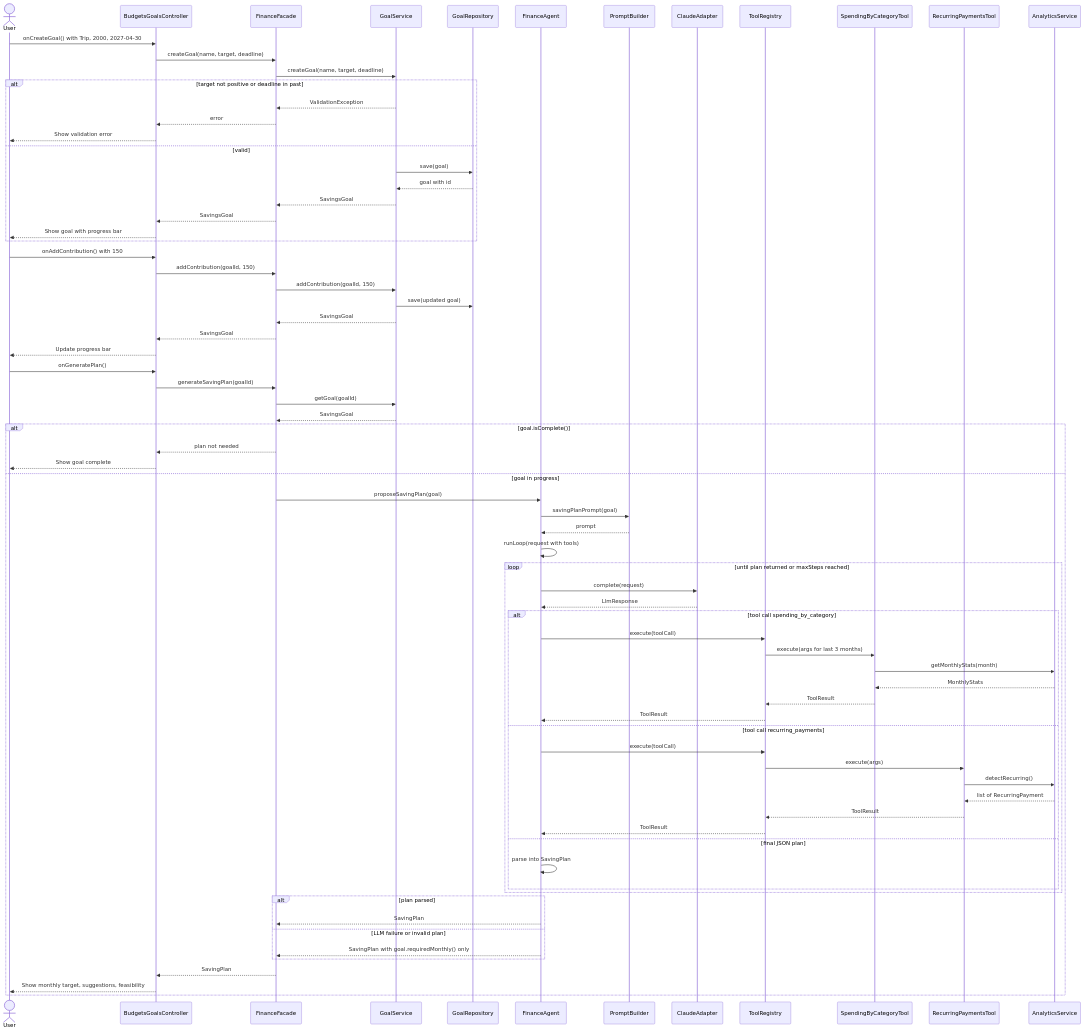
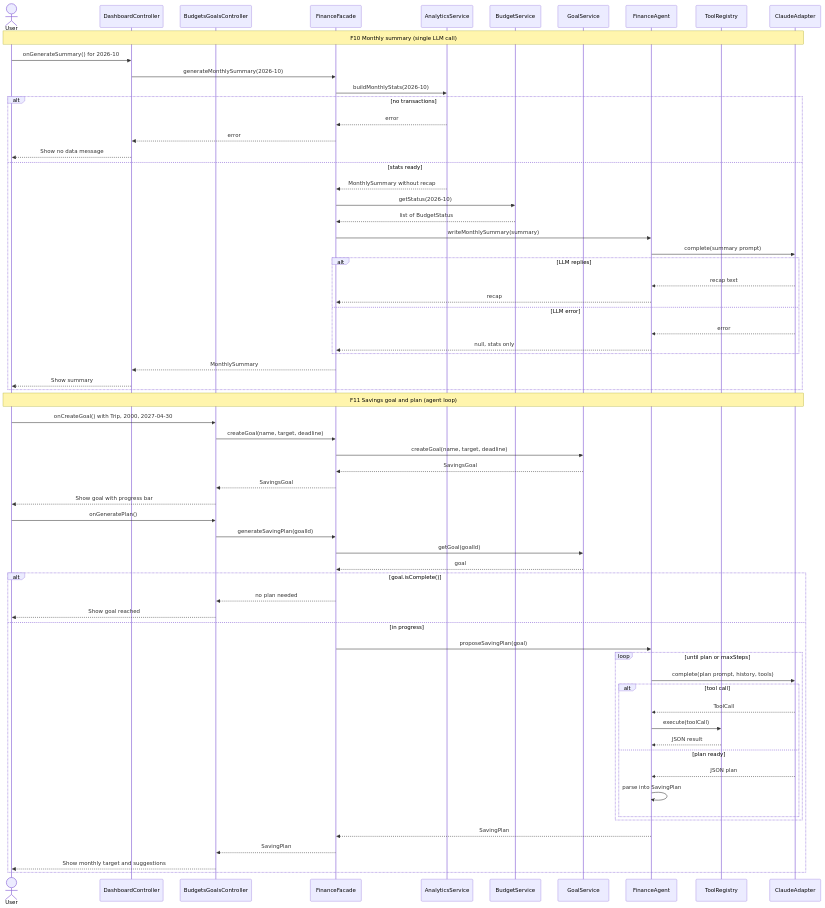
Diagram 12 of 12 in docs/Stage1_Report.md (Abdi238/EECS3311-course-project), drawn with Mermaid before and after one commit. The commit also changed other lines of this file, not shown here.

````diff
--- a/docs/Stage1_Report.md
+++ b/docs/Stage1_Report.md
@@ -2014,80 +1305,70 @@
 ```mermaid
 sequenceDiagram
     actor U as User
-    participant GC as BudgetsGoalsController
+    participant DC as DashboardController
+    participant BC as BudgetsGoalsController
     participant F as FinanceFacade
+    participant AN as AnalyticsService
+    participant BS as BudgetService
     participant GS as GoalService
-    participant GR as GoalRepository
     participant A as FinanceAgent
-    participant PB as PromptBuilder
+    participant TG as ToolRegistry
     participant LLM as ClaudeAdapter
-    participant TG as ToolRegistry
-    participant ST as SpendingByCategoryTool
-    participant RT as RecurringPaymentsTool
-    participant AS as AnalyticsService
 
-    U->>GC: onCreateGoal() with Trip, 2000, 2027-04-30
-    GC->>F: createGoal(name, target, deadline)
-    F->>GS: createGoal(name, target, deadline)
-    alt target not positive or deadline in past
-        GS-->>F: ValidationException
-        F-->>GC: error
-        GC-->>U: Show validation error
-    else valid
-        GS->>GR: save(goal)
-        GR-->>GS: goal with id
-        GS-->>F: SavingsGoal
-        F-->>GC: SavingsGoal
-        GC-->>U: Show goal with progress bar
+    Note over U,LLM: F10 Monthly summary (single LLM call)
+    U->>DC: onGenerateSummary() for 2026-10
+    DC->>F: generateMonthlySummary(2026-10)
+    F->>AN: buildMonthlyStats(2026-10)
+    alt no transactions
+        AN-->>F: error
+        F-->>DC: error
+        DC-->>U: Show no data message
+    else stats ready
+        AN-->>F: MonthlySummary without recap
+        F->>BS: getStatus(2026-10)
+        BS-->>F: list of BudgetStatus
+        F->>A: writeMonthlySummary(summary)
+        A->>LLM: complete(summary prompt)
+        alt LLM replies
+            LLM-->>A: recap text
+            A-->>F: recap
+        else LLM error
+            LLM-->>A: error
+            A-->>F: null, stats only
+        end
+        F-->>DC: MonthlySummary
+        DC-->>U: Show summary
     end
 
-    U->>GC: onAddContribution() with 150
-    GC->>F: addContribution(goalId, 150)
-    F->>GS: addContribution(goalId, 150)
-    GS->>GR: save(updated goal)
+    Note over U,LLM: F11 Savings goal and plan (agent loop)
+    U->>BC: onCreateGoal() with Trip, 2000, 2027-04-30
+    BC->>F: createGoal(name, target, deadline)
+    F->>GS: createGoal(name, target, deadline)
     GS-->>F: SavingsGoal
-    F-->>GC: SavingsGoal
-    GC-->>U: Update progress bar
-
-    U->>GC: onGeneratePlan()
-    GC->>F: generateSavingPlan(goalId)
+    F-->>BC: SavingsGoal
+    BC-->>U: Show goal with progress bar
+    U->>BC: onGeneratePlan()
+    BC->>F: generateSavingPlan(goalId)
     F->>GS: getGoal(goalId)
-    GS-->>F: SavingsGoal
+    GS-->>F: goal
     alt goal.isComplete()
-        F-->>GC: plan not needed
-        GC-->>U: Show goal complete
-    else goal in progress
+        F-->>BC: no plan needed
+        BC-->>U: Show goal reached
+    else in progress
         F->>A: proposeSavingPlan(goal)
-        A->>PB: savingPlanPrompt(goal)
-        PB-->>A: prompt
-        A->>A: runLoop(request with tools)
-        loop until plan returned or maxSteps reached
-            A->>LLM: complete(request)
-            LLM-->>A: LlmResponse
-            alt tool call spending_by_category
+        loop until plan or maxSteps
+            A->>LLM: complete(plan prompt, history, tools)
+            alt tool call
+                LLM-->>A: ToolCall
                 A->>TG: execute(toolCall)
-                TG->>ST: execute(args for last 3 months)
-                ST->>AS: getMonthlyStats(month)
-                AS-->>ST: MonthlyStats
-                ST-->>TG: ToolResult
-                TG-->>A: ToolResult
-            else tool call recurring_payments
-                A->>TG: execute(toolCall)
-                TG->>RT: execute(args)
-                RT->>AS: detectRecurring()
-                AS-->>RT: list of RecurringPayment
-                RT-->>TG: ToolResult
-                TG-->>A: ToolResult
-            else final JSON plan
+                TG-->>A: JSON result
+            else plan ready
+                LLM-->>A: JSON plan
                 A->>A: parse into SavingPlan
             end
         end
-        alt plan parsed
-            A-->>F: SavingPlan
-        else LLM failure or invalid plan
-            A-->>F: SavingPlan with goal.requiredMonthly() only
-        end
-        F-->>GC: SavingPlan
-        GC-->>U: Show monthly target, suggestions, feasibility
+        A-->>F: SavingPlan
+        F-->>BC: SavingPlan
+        BC-->>U: Show monthly target and suggestions
     end
 ```
````
